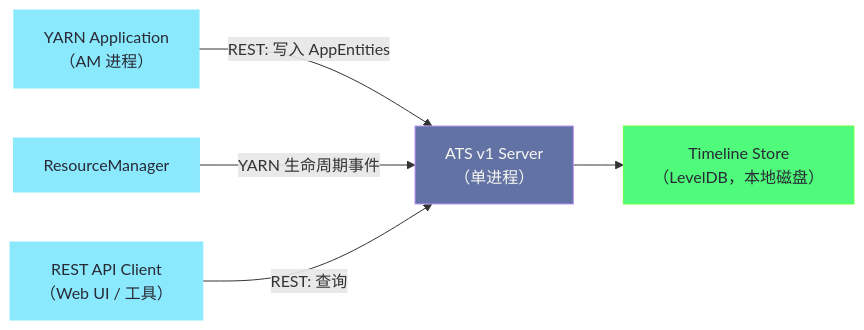
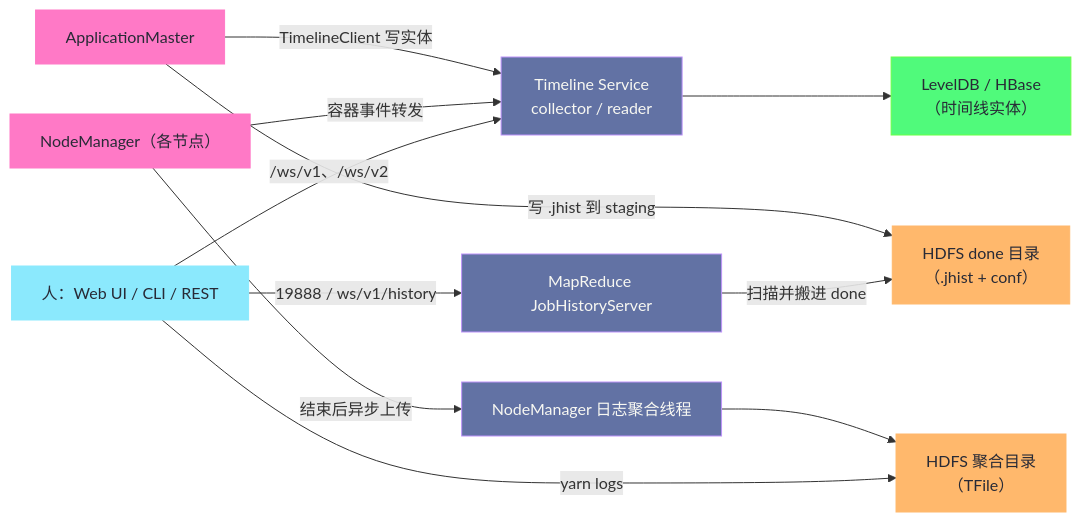
Before and after one commit to hpliStartAgain/my-brain: the first of 5 diagrams in content/大数据/安全与认证/07 YARN ATS 与 AHS 作业历史日志服务全解析.md, drawn with Mermaid. The commit also changed other lines of this file and 455 other files, not shown here.

````diff
--- a/content/大数据/安全与认证/07 YARN ATS 与 AHS 作业历史日志服务全解析.md
+++ b/content/大数据/安全与认证/07 YARN ATS 与 AHS 作业历史日志服务全解析.md
@@ -281,18 +74,34 @@
 ```mermaid
 %%{init: {'theme': 'dracula'}}%%
 graph LR
-    classDef client fill:#8be9fd,stroke:#8be9fd,color:#282a36
-    classDef ats fill:#6272a4,stroke:#bd93f9,color:#f8f8f2
-    classDef storage fill:#50fa7b,stroke:#69ff47,color:#282a36
+    classDef app fill:#ff79c6,stroke:#ff79c6,color:#282a36
+    classDef daemon fill:#6272a4,stroke:#bd93f9,color:#f8f8f2
+    classDef store fill:#50fa7b,stroke:#69ff47,color:#282a36
+    classDef hdfs fill:#ffb86c,stroke:#ffb86c,color:#282a36
+    classDef user fill:#8be9fd,stroke:#8be9fd,color:#282a36
 
-    A["YARN Application</br>（AM 进程）"]:::client
-    B["ResourceManager"]:::client
-    C["ATS v1 Server</br>（单进程）"]:::ats
-    D["Timeline Store</br>（LevelDB，本地磁盘）"]:::storage
-    E["REST API Client</br>（Web UI / 工具）"]:::client
+    AM["ApplicationMaster"]:::app
+    NM["NodeManager（各节点）"]:::app
 
-    A -->|"REST: 写入 AppEntities"| C
-    B -->|"YARN 生命周期事件"| C
-    C --> D
-    E -->|"REST: 查询"| C
+    ATS["Timeline Service<br/>collector / reader"]:::daemon
+    JHS["MapReduce JobHistoryServer"]:::daemon
+    AGG["NodeManager 日志聚合线程"]:::daemon
+
+    DB["LevelDB / HBase<br/>（时间线实体）"]:::store
+    DONE["HDFS done 目录<br/>（.jhist + conf）"]:::hdfs
+    LOGS["HDFS 聚合目录<br/>（TFile）"]:::hdfs
+
+    U["人：Web UI / CLI / REST"]:::user
+
+    AM -->|"TimelineClient 写实体"| ATS
+    NM -->|"容器事件转发"| ATS
+    ATS --> DB
+    AM -->|"写 .jhist 到 staging"| DONE
+    JHS -->|"扫描并搬进 done"| DONE
+    NM -->|"结束后异步上传"| AGG
+    AGG --> LOGS
+
+    U -->|"/ws/v1、/ws/v2"| ATS
+    U -->|"19888 / ws/v1/history"| JHS
+    U -->|"yarn logs"| LOGS
 ```
````
